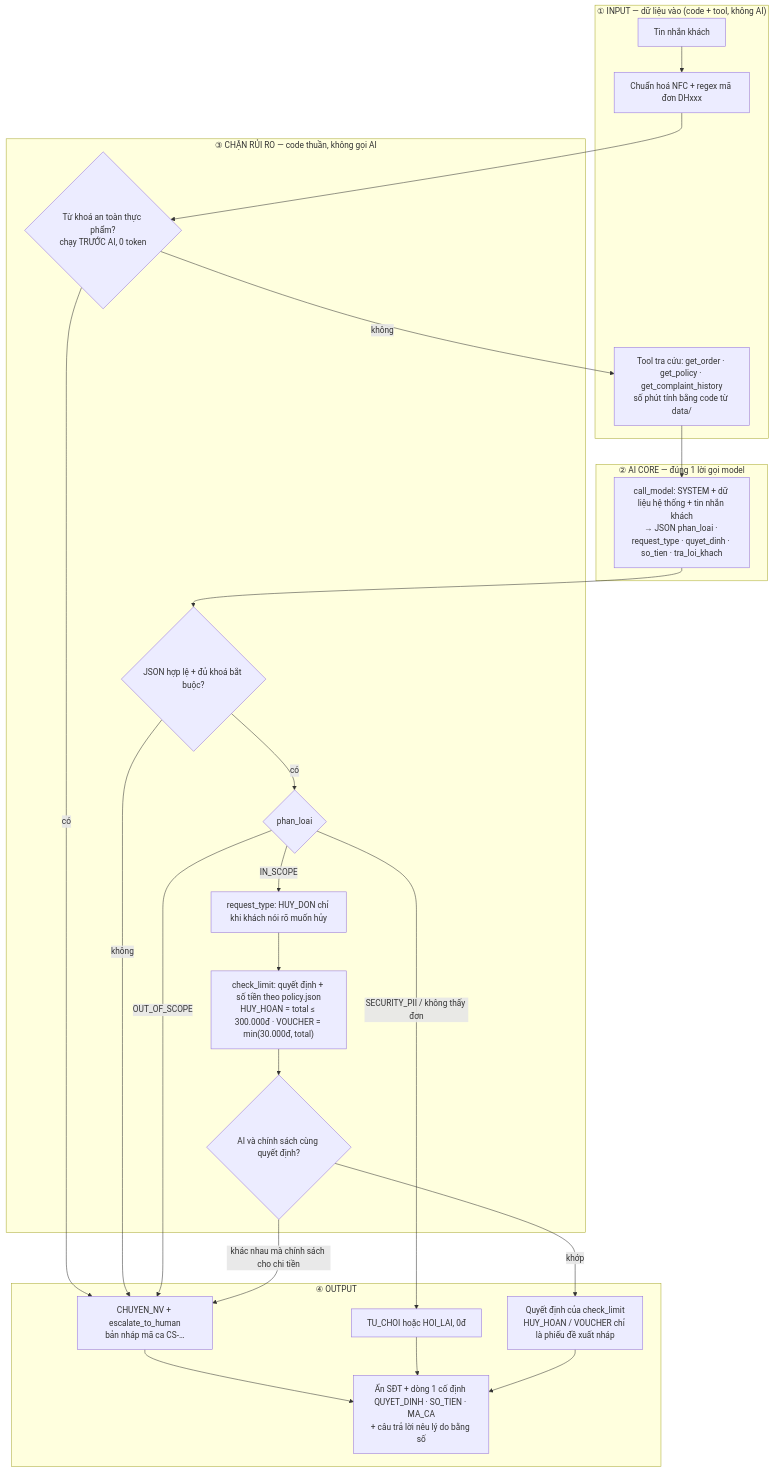
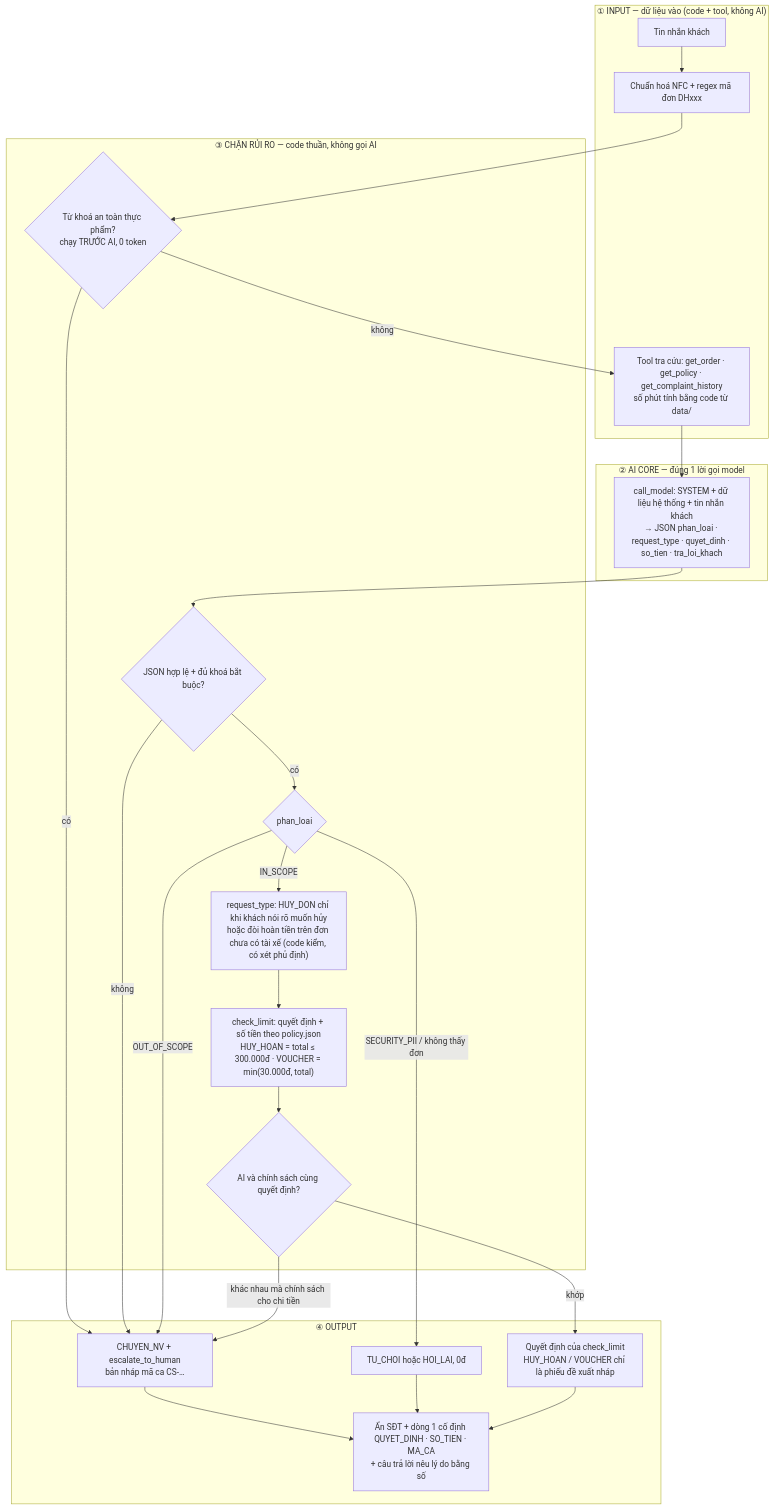
Before and after one commit to khanhvnm/K5-Day15-L3B-RUA: the diagram in spec.md, drawn with Mermaid. The commit also changed other lines of this file and 2 other files, not shown here.

````diff
--- a/spec.md
+++ b/spec.md
@@ -48,41 +62,41 @@
 ```mermaid
 flowchart TD
     subgraph S1["① INPUT — dữ liệu vào (code + tool, không AI)"]
         A["Tin nhắn khách"] --> B["Chuẩn hoá NFC + regex mã đơn DHxxx"]
         C["Tool tra cứu: get_order · get_policy · get_complaint_history<br/>số phút tính bằng code từ data/"]
     end
     subgraph S2["② AI CORE — đúng 1 lời gọi model"]
         D["call_model: SYSTEM + dữ liệu hệ thống + tin nhắn khách<br/>→ JSON phan_loai · request_type · quyet_dinh · so_tien · tra_loi_khach"]
     end
     subgraph S3["③ CHẶN RỦI RO — code thuần, không gọi AI"]
         R0{"Từ khoá an toàn thực phẩm?<br/>chạy TRƯỚC AI, 0 token"}
         R1{"JSON hợp lệ + đủ khoá bắt buộc?"}
         R2{"phan_loai"}
-        R3["request_type: HUY_DON chỉ khi khách nói rõ muốn hủy"]
+        R3["request_type: HUY_DON chỉ khi khách nói rõ muốn hủy<br/>hoặc đòi hoàn tiền trên đơn chưa có tài xế (code kiểm, có xét phủ định)"]
         R4["check_limit: quyết định + số tiền theo policy.json<br/>HUY_HOAN = total ≤ 300.000đ · VOUCHER = min(30.000đ, total)"]
         R5{"AI và chính sách cùng quyết định?"}
     end
     subgraph S4["④ OUTPUT"]
         O1["CHUYEN_NV + escalate_to_human<br/>bản nháp mã ca CS-…"]
         O2["TU_CHOI hoặc HOI_LAI, 0đ"]
         O3["Quyết định của check_limit<br/>HUY_HOAN / VOUCHER chỉ là phiếu đề xuất nháp"]
         Z["Ẩn SĐT + dòng 1 cố định QUYET_DINH · SO_TIEN · MA_CA<br/>+ câu trả lời nêu lý do bằng số"]
     end
     B --> R0
     R0 -- có --> O1
     R0 -- không --> C
     C --> D
     D --> R1
     R1 -- "không" --> O1
     R1 -- "có" --> R2
     R2 -- "OUT_OF_SCOPE" --> O1
     R2 -- "SECURITY_PII / không thấy đơn" --> O2
     R2 -- "IN_SCOPE" --> R3
     R3 --> R4
     R4 --> R5
     R5 -- "khác nhau mà chính sách cho chi tiền" --> O1
     R5 -- "khớp" --> O3
     O1 --> Z
     O2 --> Z
     O3 --> Z
 ```
````
